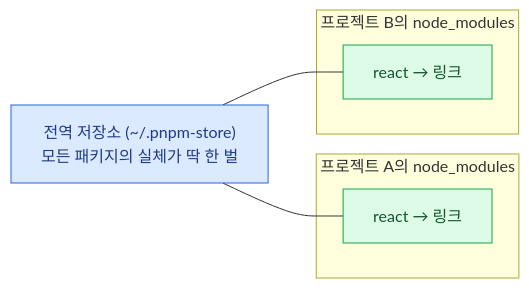
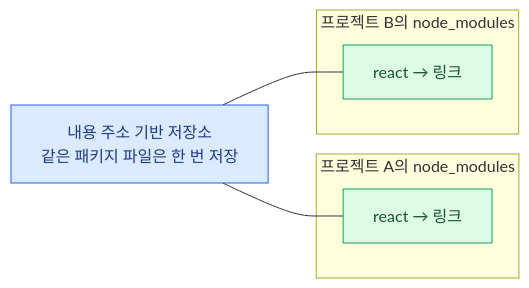
The diagram in src/content/docs/web/05-package.mdx (mechurak/study-starlight), drawn with Mermaid before and after one commit. The commit also changed other lines of this file and 27 other files, not shown here.

````diff
--- a/src/content/docs/web/05-package.mdx
+++ b/src/content/docs/web/05-package.mdx
@@ -89,17 +90,17 @@
 ```mermaid
 flowchart LR
-    S["전역 저장소 (~/.pnpm-store)<br/>모든 패키지의 실체가 딱 한 벌"]
+    S["내용 주소 기반 저장소<br/>같은 패키지 파일은 한 번 저장"]
     subgraph P1["프로젝트 A의 node_modules"]
         A1["react → 링크"]
     end
     subgraph P2["프로젝트 B의 node_modules"]
         B1["react → 링크"]
     end
     S --- A1
     S --- B1
 
     classDef key  fill:#dbeafe,stroke:#2563eb,color:#1e3a8a
     classDef ok   fill:#dcfce7,stroke:#16a34a,color:#14532d
     class S key
     class A1,B1 ok
 ```
````
